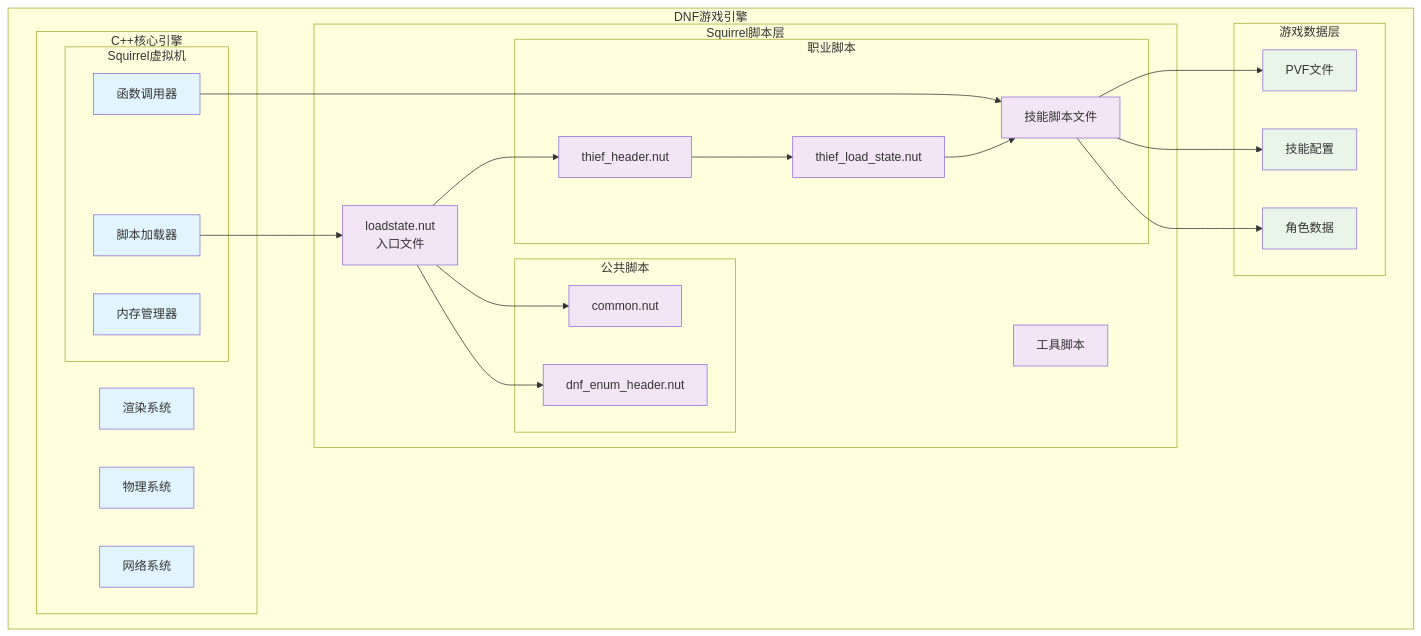
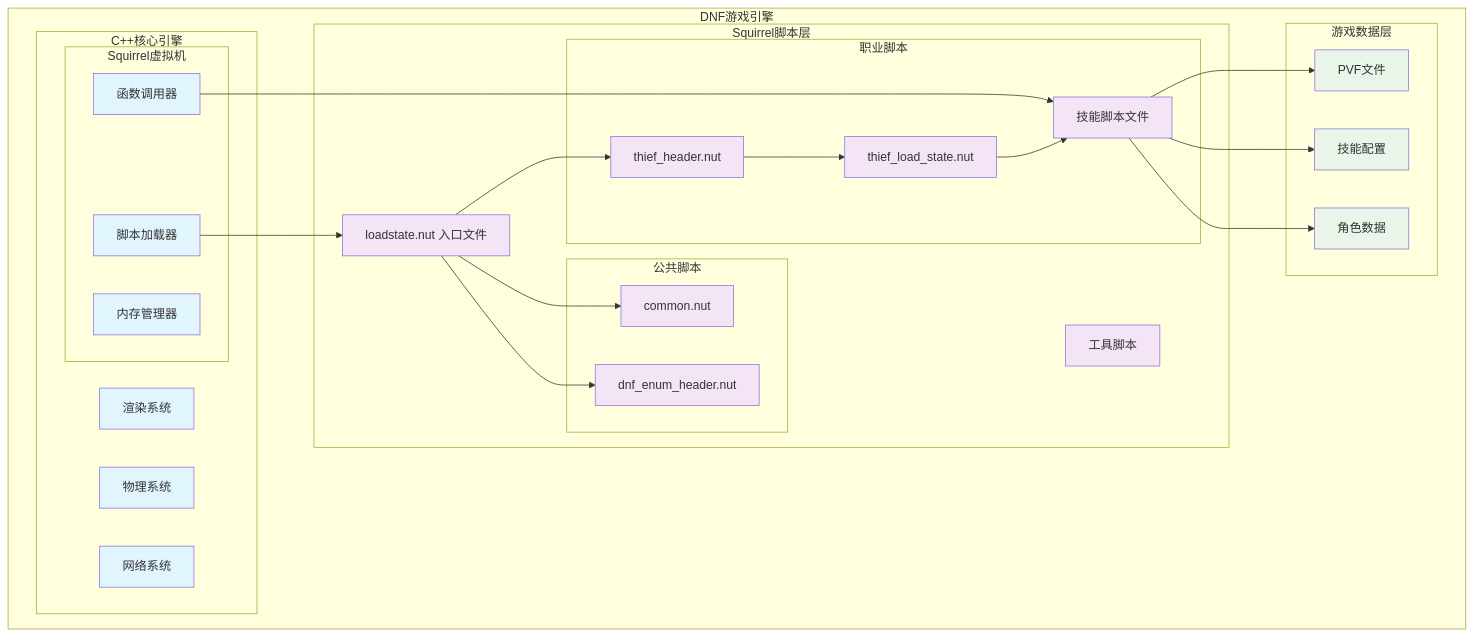
One commit to heihuo000/DNF-PVF-file-Reference changed the first of 20 diagrams in NUT文件知识库/高级示例/DNF引擎Squirrel脚本调用机制详解.md. Above: the diagram before and after it, drawn with Mermaid. The commit also changed other lines of this file and 1 other file, not shown here.

Commit message:
fix(mermaid): 修复GitHub渲染问题 - 移除HTML标签并优化语法

````diff
--- a/NUT文件知识库/高级示例/DNF引擎Squirrel脚本调用机制详解.md
+++ b/NUT文件知识库/高级示例/DNF引擎Squirrel脚本调用机制详解.md
@@ -136,56 +136,56 @@
 ```mermaid
 graph TB
     subgraph "DNF游戏引擎"
         subgraph "C++核心引擎"
             A[渲染系统] 
             B[物理系统]
             C[网络系统]
             subgraph "Squirrel虚拟机"
                 D[脚本加载器]
                 E[函数调用器]
                 F[内存管理器]
             end
         end
         
         subgraph "Squirrel脚本层"
-            G[loadstate.nut<br/>入口文件]
+            G["loadstate.nut 入口文件"]
             subgraph "职业脚本"
                 H[thief_header.nut]
                 I[thief_load_state.nut]
                 J[技能脚本文件]
             end
             subgraph "公共脚本"
                 K[common.nut]
                 L[dnf_enum_header.nut]
             end
             M[工具脚本]
         end
         
         subgraph "游戏数据层"
             N[PVF文件]
             O[技能配置]
             P[角色数据]
         end
     end
     
     %% 依赖关系
     D --> G
     G --> H
     G --> K
     G --> L
     H --> I
     I --> J
     E --> J
     J --> N
     J --> O
     J --> P
     
     %% 样式
     classDef coreEngine fill:#e1f5fe
     classDef scriptLayer fill:#f3e5f5
     classDef dataLayer fill:#e8f5e8
     
     class A,B,C,D,E,F coreEngine
     class G,H,I,J,K,L,M scriptLayer
     class N,O,P dataLayer
 ```
````
